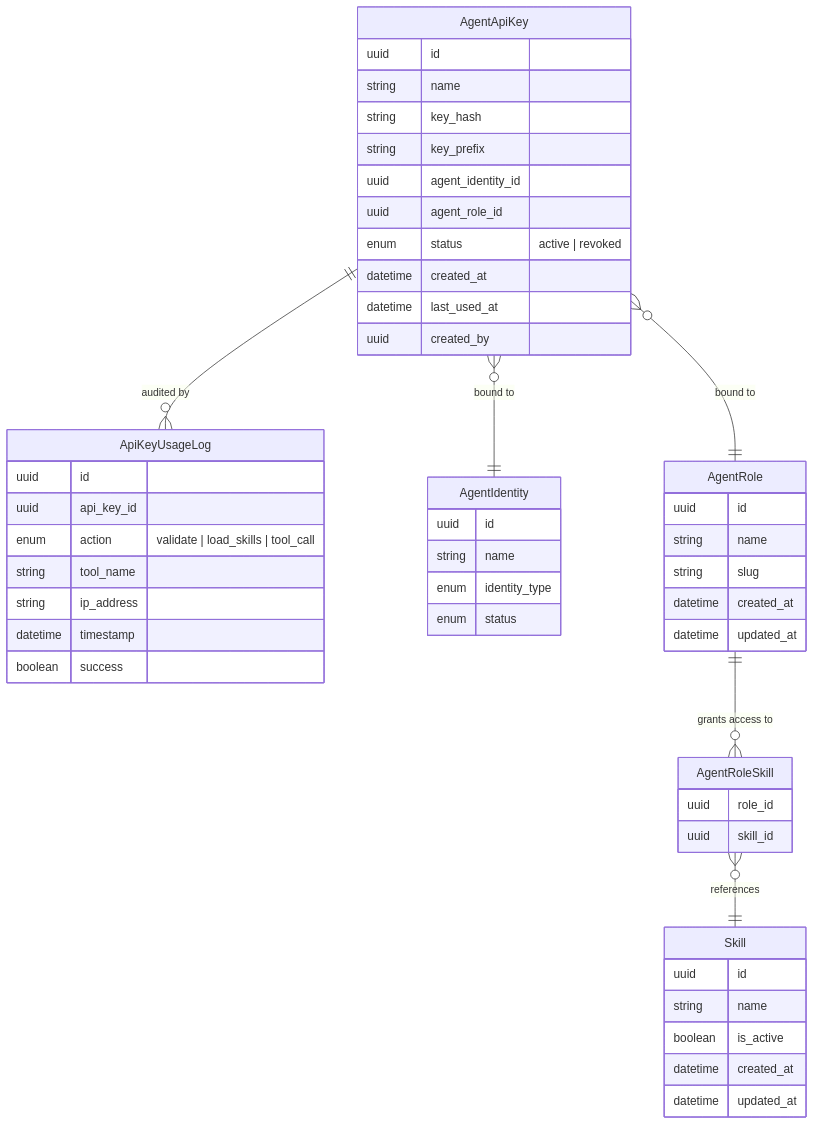
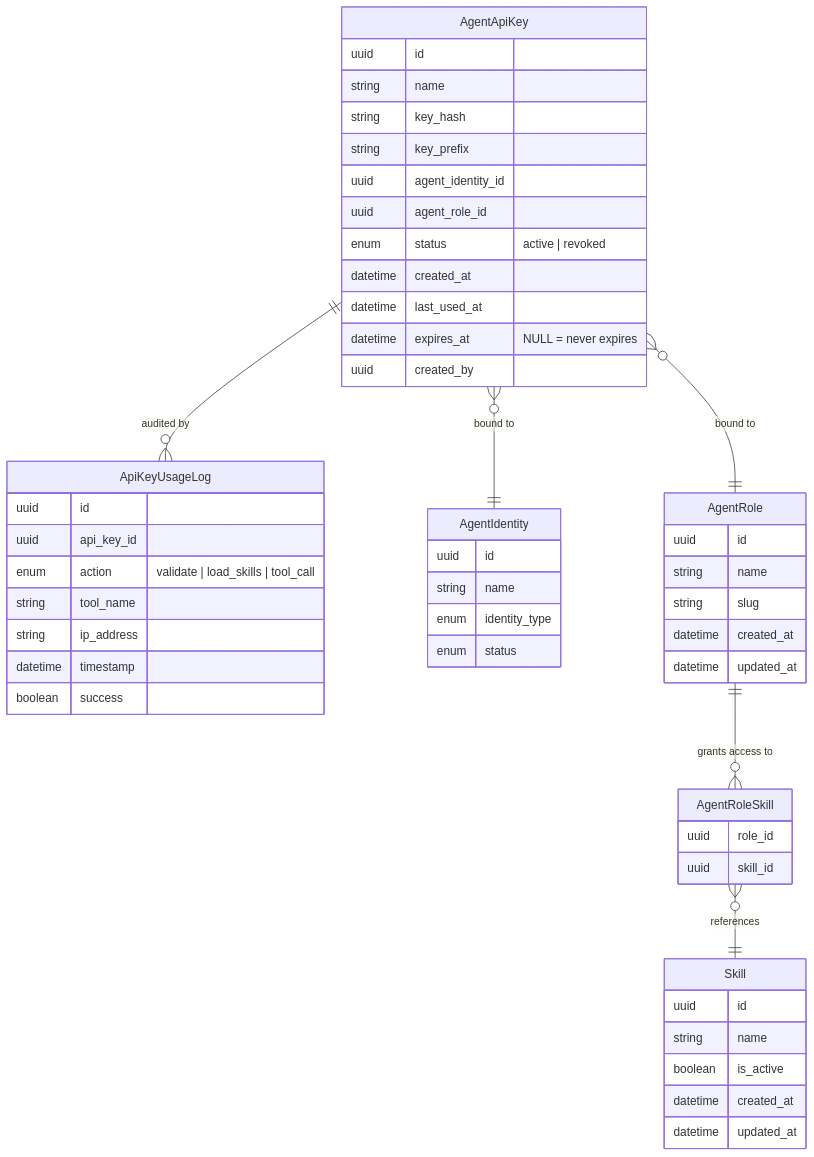
One commit to hurungang/parthenon changed the eighth of 11 diagrams in docs/master/data-model/overview.md. Above: the diagram before and after it, drawn with Mermaid. The commit also changed other lines of this file and 150 other files, not shown here.

````diff
--- a/docs/master/data-model/overview.md
+++ b/docs/master/data-model/overview.md
@@ -661,54 +661,55 @@
 ```mermaid
 erDiagram
     AgentApiKey {
         uuid id
         string name
         string key_hash
         string key_prefix
         uuid agent_identity_id
         uuid agent_role_id
         enum status "active | revoked"
         datetime created_at
         datetime last_used_at
+        datetime expires_at "NULL = never expires"
         uuid created_by
     }
     ApiKeyUsageLog {
         uuid id
         uuid api_key_id
         enum action "validate | load_skills | tool_call"
         string tool_name
         string ip_address
         datetime timestamp
         boolean success
     }
     AgentIdentity {
         uuid id
         string name
         enum identity_type
         enum status
     }
     AgentRole {
         uuid id
         string name
         string slug
         datetime created_at
         datetime updated_at
     }
     Skill {
         uuid id
         string name
         boolean is_active
         datetime created_at
         datetime updated_at
     }
     AgentRoleSkill {
         uuid role_id
         uuid skill_id
     }
 
     AgentApiKey }o--|| AgentIdentity : "bound to"
     AgentApiKey }o--|| AgentRole : "bound to"
     AgentApiKey ||--o{ ApiKeyUsageLog : "audited by"
     AgentRole ||--o{ AgentRoleSkill : "grants access to"
     AgentRoleSkill }o--|| Skill : "references"
 ```
````
